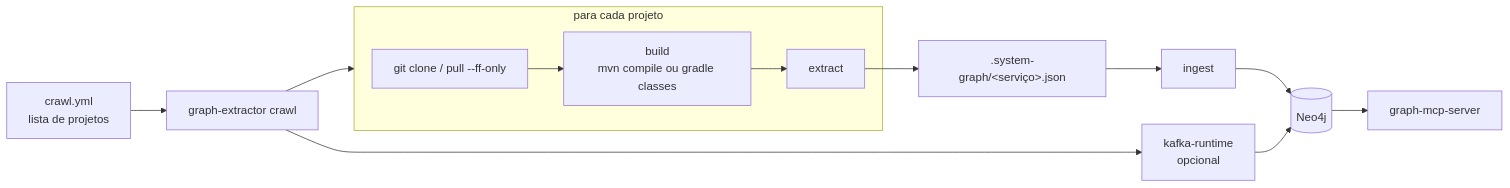
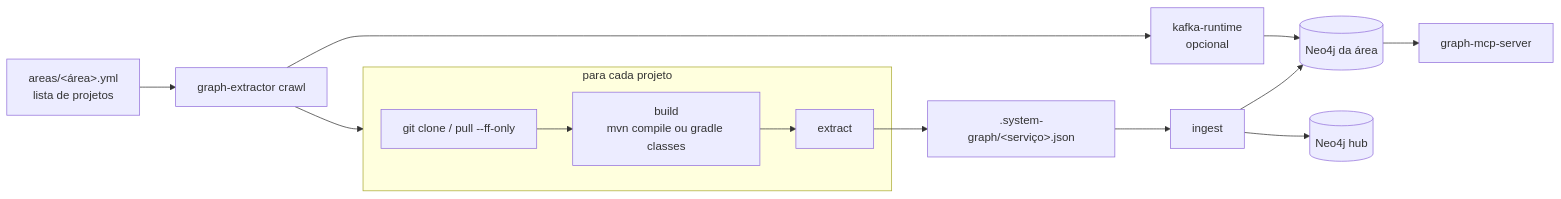
Before and after one commit to Diegobraun/system-graph-poc: the diagram in docs/crawl.md, drawn with Mermaid. The commit also changed other lines of this file and 40 other files, not shown here.

First line of the commit message:
Split the graph by business area with a hub for cross-area contracts

````diff
--- a/docs/crawl.md
+++ b/docs/crawl.md
@@ -9,13 +9,14 @@
 ```mermaid
 flowchart LR
-    CFG["crawl.yml<br/>lista de projetos"] --> C["graph-extractor crawl"]
+    CFG["areas/&lt;área&gt;.yml<br/>lista de projetos"] --> C["graph-extractor crawl"]
     subgraph loop["para cada projeto"]
         G["git clone / pull --ff-only"] --> B["build<br/>mvn compile ou gradle classes"]
         B --> X["extract"]
     end
     C --> loop
     X --> J[".system-graph/&lt;serviço&gt;.json"]
-    J --> I["ingest"] --> N[("Neo4j")]
+    J --> I["ingest"] --> N[("Neo4j da área")]
+    I --> H[("Neo4j hub")]
     C --> K["kafka-runtime<br/>opcional"] --> N
     N --> MCP["graph-mcp-server"]
 ```
````
